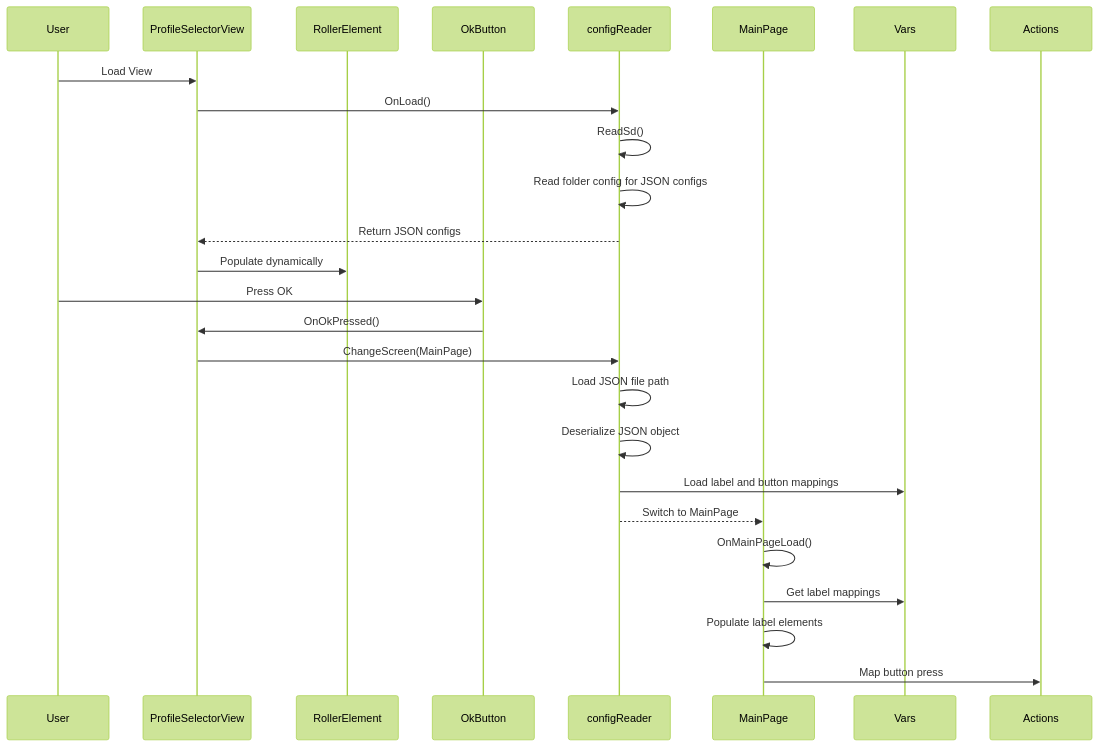
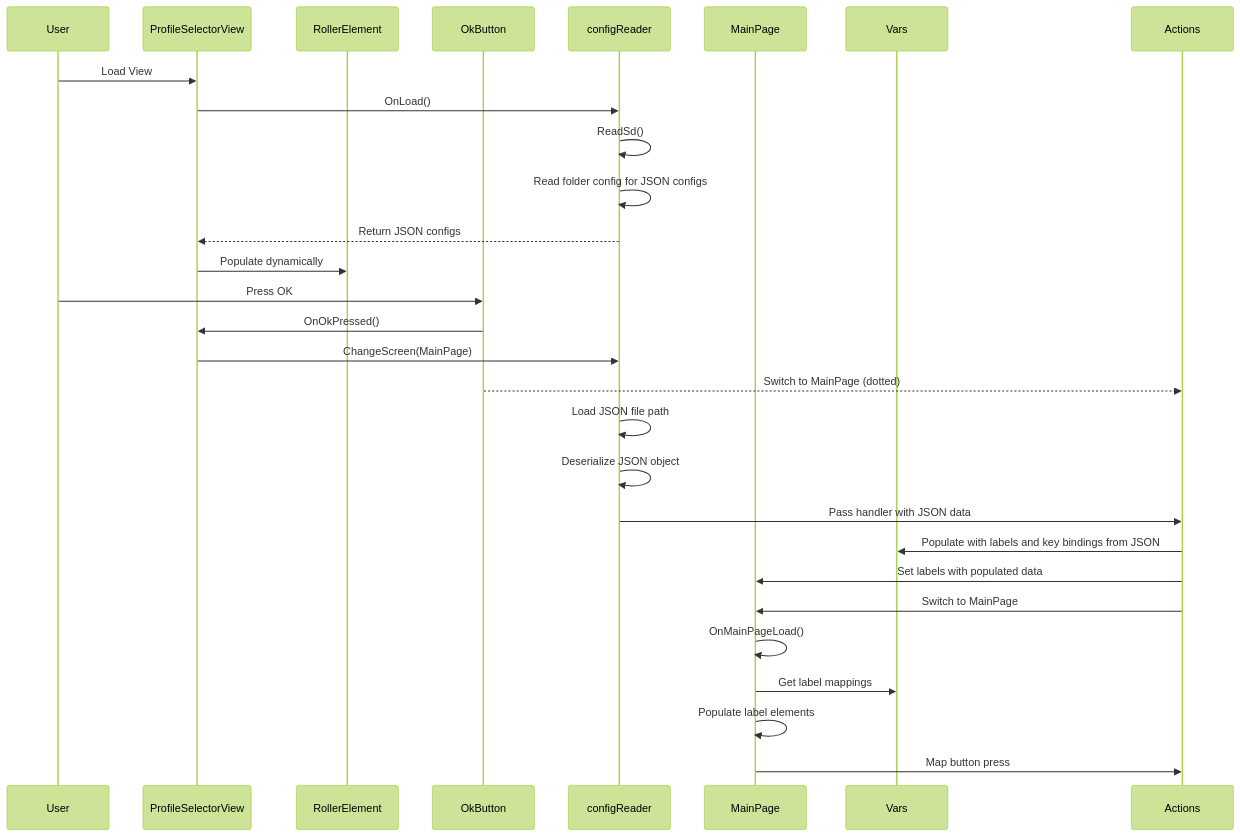
One commit to hohastudios/Esp32-JC2432W328-BleMacrokeys changed the diagram in README.MD. Above: the diagram before and after it, drawn with Mermaid (forest theme). The commit also changed other lines of this file, not shown here.

````diff
--- a/README.MD
+++ b/README.MD
@@ -15,31 +15,35 @@
 ```mermaid
 sequenceDiagram
     participant User
     participant ProfileSelectorView
     participant RollerElement
     participant OkButton
     participant configReader
     participant MainPage
     participant Vars
     participant Actions
 
     User->>ProfileSelectorView: Load View
     ProfileSelectorView->>configReader: OnLoad()
     configReader->>configReader: ReadSd()
     configReader->>configReader: Read folder config for JSON configs
     configReader-->>ProfileSelectorView: Return JSON configs
     ProfileSelectorView->>RollerElement: Populate dynamically
 
     User->>OkButton: Press OK
     OkButton->>ProfileSelectorView: OnOkPressed()
     ProfileSelectorView->>configReader: ChangeScreen(MainPage)
+    OkButton-->>Actions: Switch to MainPage (dotted)
     configReader->>configReader: Load JSON file path
     configReader->>configReader: Deserialize JSON object
-    configReader->>Vars: Load label and button mappings
-    configReader-->>MainPage: Switch to MainPage
+    configReader->>Actions: Pass handler with JSON data
+    
+    Actions->>Vars: Populate with labels and key bindings from JSON
+    Actions->>MainPage: Set labels with populated data
+    Actions->>MainPage: Switch to MainPage
 
     MainPage->>MainPage: OnMainPageLoad()
     MainPage->>Vars: Get label mappings
     MainPage->>MainPage: Populate label elements
     MainPage->>Actions: Map button press
 ```
````
